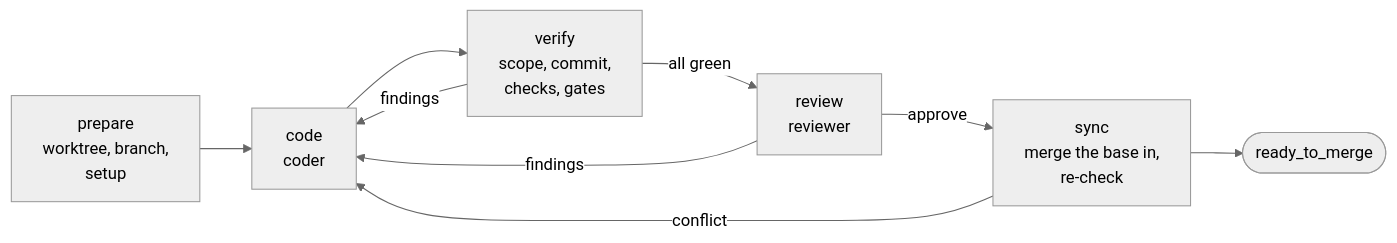
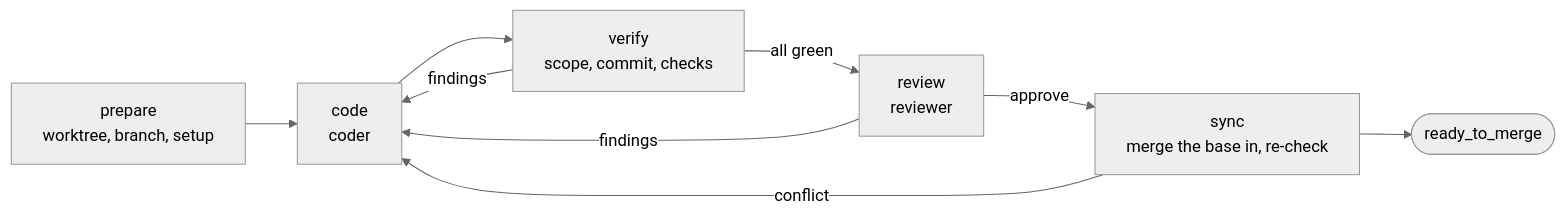
One commit to joaoveronezi/the-crew changed the second of 2 diagrams in docs/how-it-works.md. Above: the diagram before and after it, drawn with Mermaid (neutral theme). The commit also changed other lines of this file and 3 other files, not shown here.

````diff
--- a/docs/how-it-works.md
+++ b/docs/how-it-works.md
@@ -87,11 +28,11 @@
 ```mermaid
 flowchart LR
-    P[prepare<br/>worktree, branch,<br/>setup] --> C[code<br/>coder]
-    C --> V[verify<br/>scope, commit,<br/>checks, gates]
+    P[prepare<br/>worktree, branch, setup] --> C[code<br/>coder]
+    C --> V[verify<br/>scope, commit, checks]
     V -->|all green| R[review<br/>reviewer]
     V -->|findings| C
-    R -->|approve| S[sync<br/>merge the base in,<br/>re-check]
+    R -->|approve| S[sync<br/>merge the base in, re-check]
     R -->|findings| C
     S -->|conflict| C
     S --> H([ready_to_merge])
 ```
````
